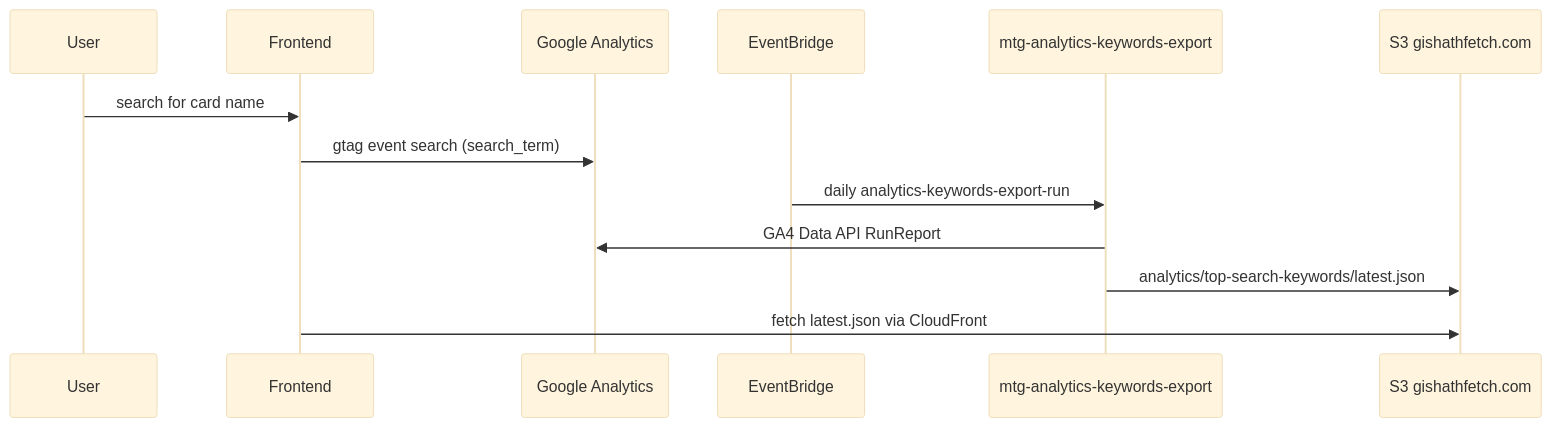
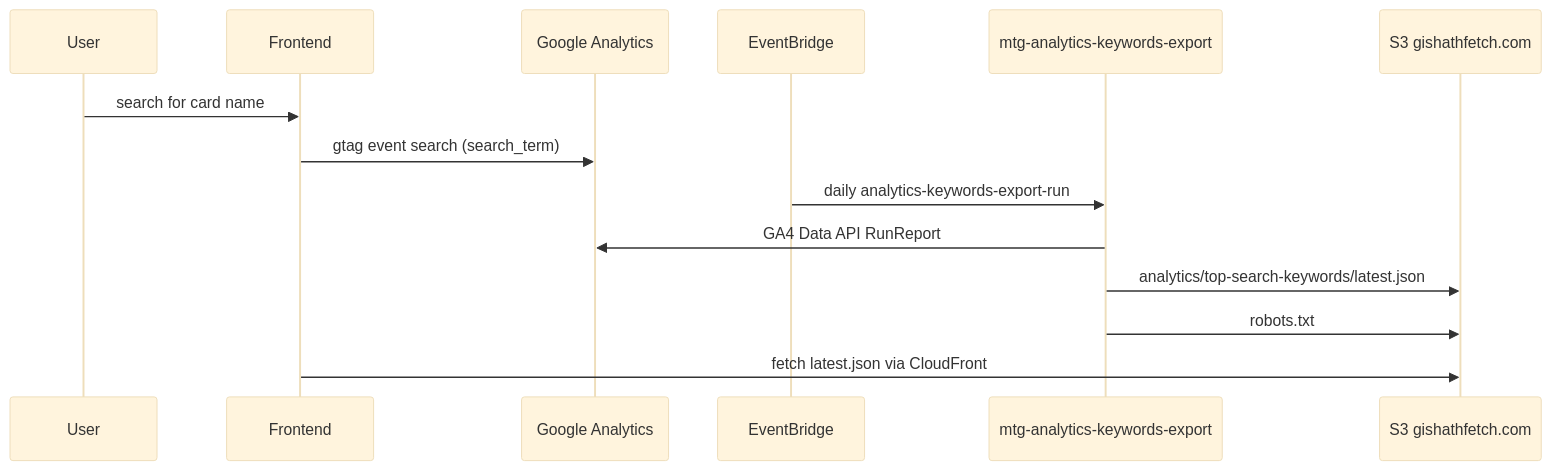
One commit to xenodus/gishathfetch changed the second of 5 diagrams in README.md. Above: the diagram before and after it, drawn with Mermaid (base theme). The commit also changed other lines of this file and 1 other file, not shown here.

First line of the commit message:
Exclude robots.txt from frontend sync and document Lambda S3 permissions (#198)

````diff
--- a/README.md
+++ b/README.md
@@ -95,16 +95,17 @@
 ```mermaid
 sequenceDiagram
     participant U as User
     participant FE as Frontend
     participant GA as Google Analytics
     participant EB as EventBridge
     participant L as mtg-analytics-keywords-export
     participant S3 as S3 gishathfetch.com
 
     U->>FE: search for card name
     FE->>GA: gtag event search (search_term)
     EB->>L: daily analytics-keywords-export-run
     L->>GA: GA4 Data API RunReport
     L->>S3: analytics/top-search-keywords/latest.json
+    L->>S3: robots.txt
     FE->>S3: fetch latest.json via CloudFront
 ```
````
